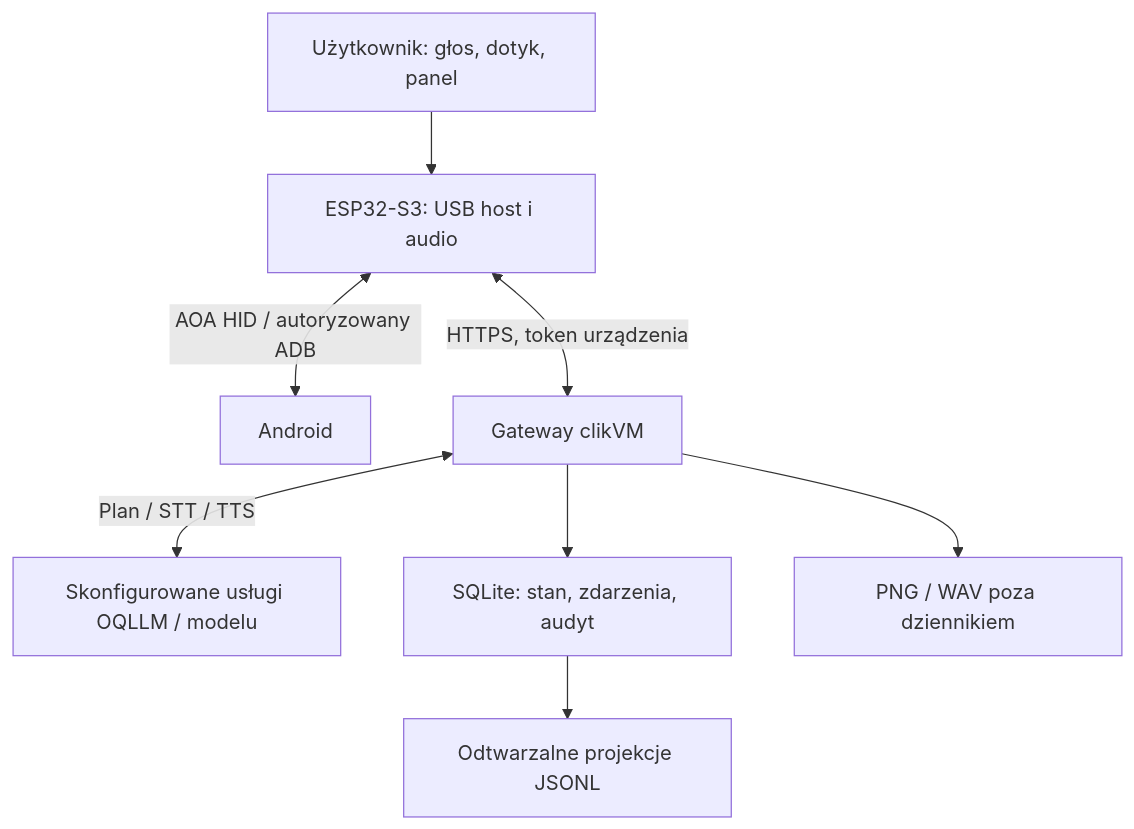
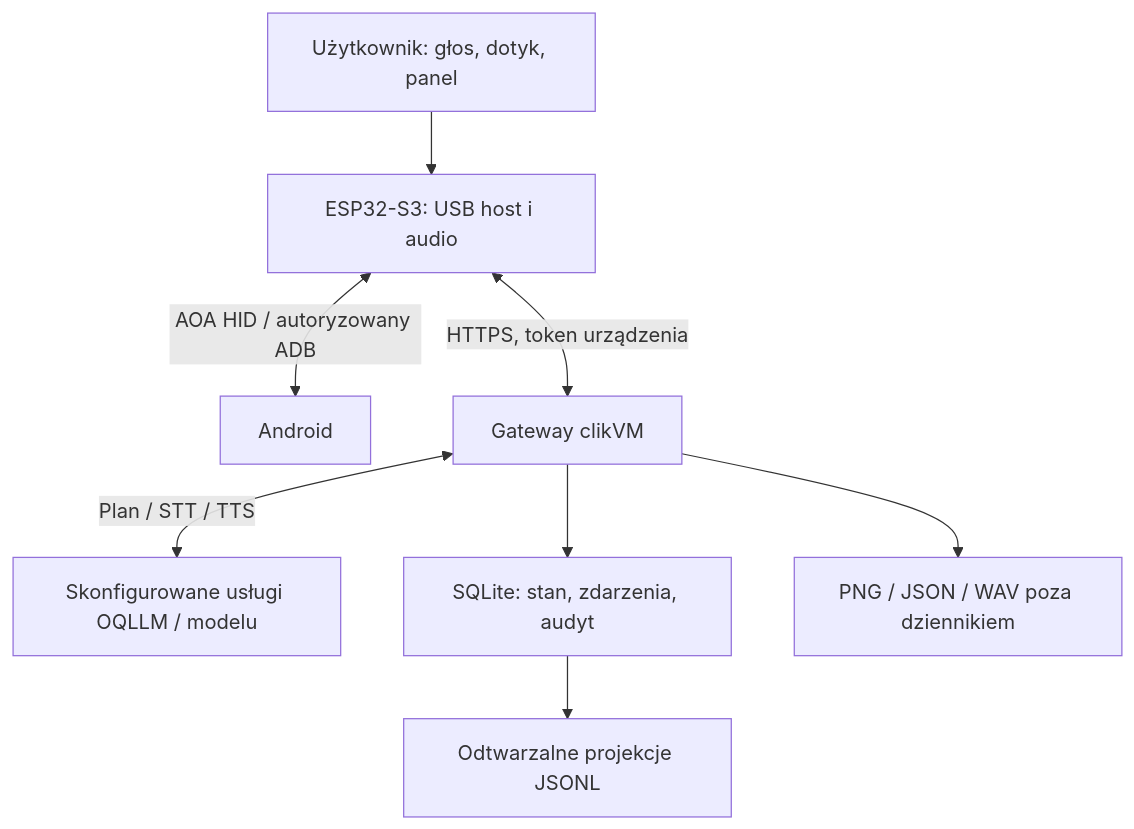
Before and after one commit to cliKVM/m5stack: the second of 3 diagrams in docs/architecture.md, drawn with Mermaid. The commit also changed other lines of this file and 124 other files, not shown here.

````diff
--- a/docs/architecture.md
+++ b/docs/architecture.md
@@ -35,10 +82,10 @@
 ```mermaid
 flowchart TD
     U["Użytkownik: głos, dotyk, panel"] --> E["ESP32-S3: USB host i audio"]
     E <-->|"AOA HID / autoryzowany ADB"| A["Android"]
     E <-->|"HTTPS, token urządzenia"| G["Gateway clikVM"]
     G <-->|"Plan / STT / TTS"| O["Skonfigurowane usługi OQLLM / modelu"]
     G --> D["SQLite: stan, zdarzenia, audyt"]
-    G --> F["PNG / WAV poza dziennikiem"]
+    G --> F["PNG / JSON / WAV poza dziennikiem"]
     D --> J["Odtwarzalne projekcje JSONL"]
 ```
````
